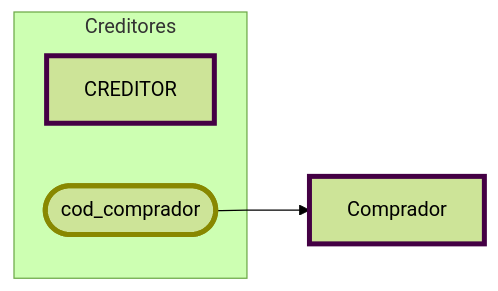
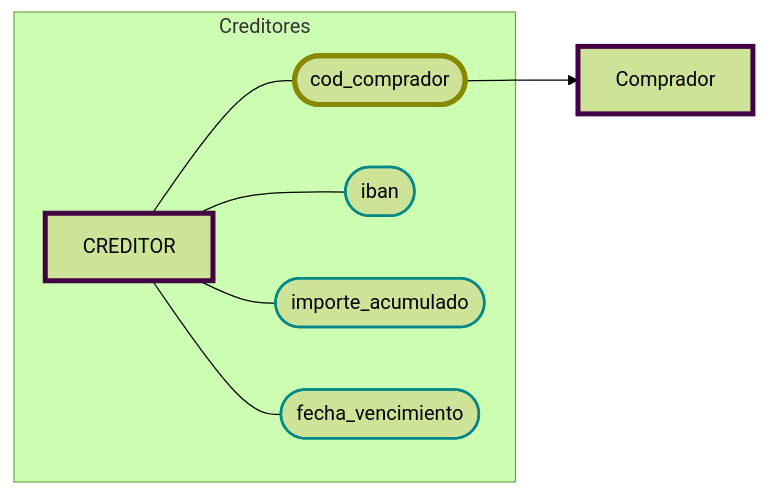
The seventh of 10 diagrams in DataBases/lonja_DB.md (JulTob/Data), drawn with Mermaid (forest theme) before and after one commit. The commit also changed other lines of this file, not shown here.

````diff
--- a/DataBases/lonja_DB.md
+++ b/DataBases/lonja_DB.md
@@ -237,19 +246,23 @@
 ```mermaid
 flowchart LR
   classDef atributo stroke:#088,stroke-width:2px;
   classDef derivado stroke-width:3px, stroke-dasharray:3 3;
   classDef pk stroke:#800,stroke-width:4px;
   classDef fk stroke:#080,stroke-width:4px;
   classDef entidad stroke:#404,stroke-width:4px;
   classDef pkfk stroke:#880,stroke-width:4px;
 
   %% Atributos CREDITOR
   subgraph Creditores
     Creditor[CREDITOR]:::entidad
-    cod_comprador([cod_comprador]):::pkfk 
+    Creditor --- cod_comprador([cod_comprador]):::pkfk 
+    Creditor --- iban([iban]):::atributo
+    Creditor --- importe_acumulado([importe_acumulado]):::atributo
+    Creditor --- fecha_vencimiento([fecha_vencimiento]):::atributo
+    
     end
 
   cod_comprador--> Comprador
   Comprador:::entidad
 
 ```
````
